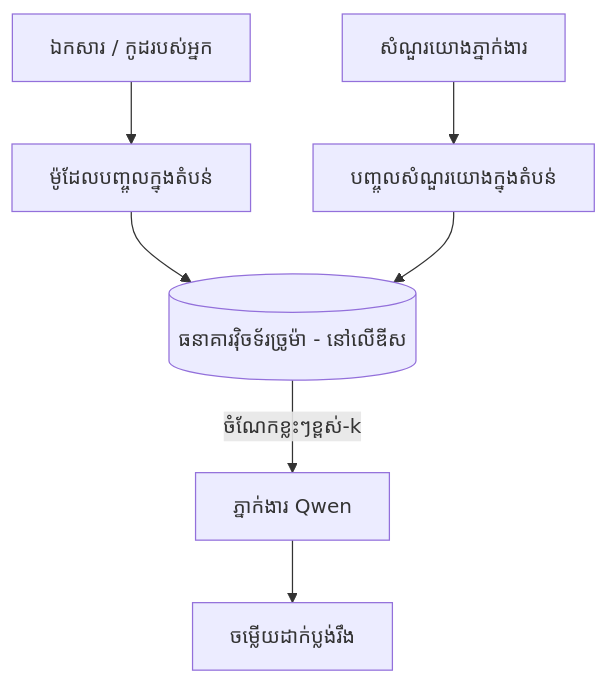
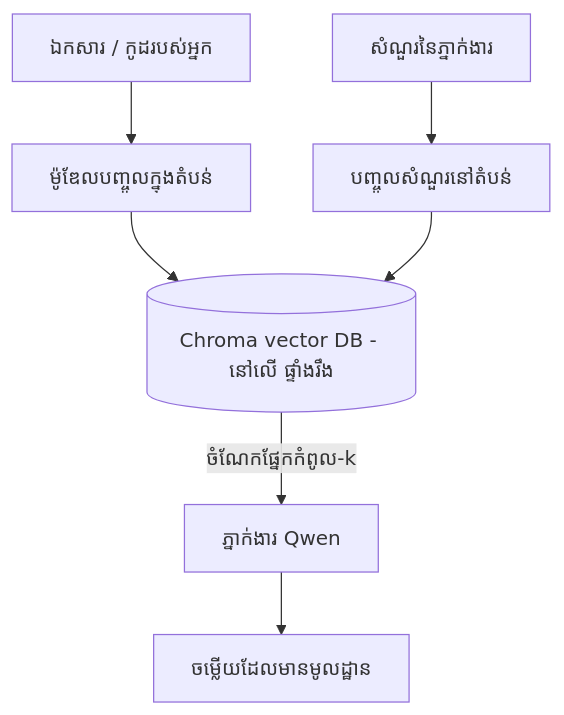
One commit to gabrielmoreira/agent-skills-mirror changed the third of 4 diagrams in mirrors/repos/microsoft@ai-agents-for-beginners/translations/km/17-creating-local-ai-agents/README.md. Above: the diagram before and after it, drawn with Mermaid. The commit also changed other lines of this file and 4262 other files, not shown here.

````diff
--- a/mirrors/repos/microsoft@ai-agents-for-beginners/translations/km/17-creating-local-ai-agents/README.md
+++ b/mirrors/repos/microsoft@ai-agents-for-beginners/translations/km/17-creating-local-ai-agents/README.md
@@ -125,9 +125,9 @@
 ```mermaid
 flowchart TB
-    D[ឯកសារ / កូដរបស់អ្នក] --> E[ម៉ូដែលបញ្ចូលក្នុងតំបន់]
-    E --> V[(ធនាគារវ៉ិចទ័រច្រូម៉ា - នៅលើឌីស)]
-    Q[សំណួរយោងភ្នាក់ងារ] --> QE[បញ្ចូលសំណួរយោងក្នុងតំបន់]
+    D[ឯកសារ / កូដ​របស់អ្នក] --> E[ម៉ូឌែល​បញ្ចូលក្នុង​តំបន់]
+    E --> V[(Chroma vector DB - នៅលើ ផ្ទាំង​រឹង)]
+    Q[សំណួរ​នៃភ្នាក់ងារ] --> QE[បញ្ចូល​សំណួរនៅតំបន់]
     QE --> V
-    V -->|ចំណែកខ្លះៗខ្ពស់-k| A[ភ្នាក់ងារ Qwen]
-    A --> Ans[ចម្លើយដាក់ប្លង់រឹង]
+    V -->|ចំណែក​ផ្នែក​កំពូល-k| A[ភ្នាក់ងារ Qwen]
+    A --> Ans[ចម្លើយ​ដែល​មាន​មូលដ្ឋាន]
 ```
````
